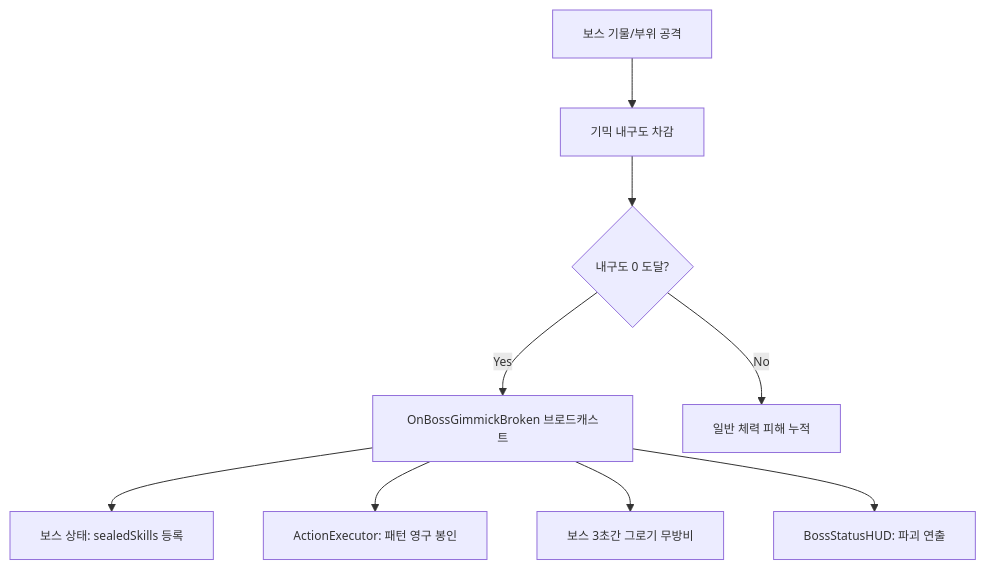
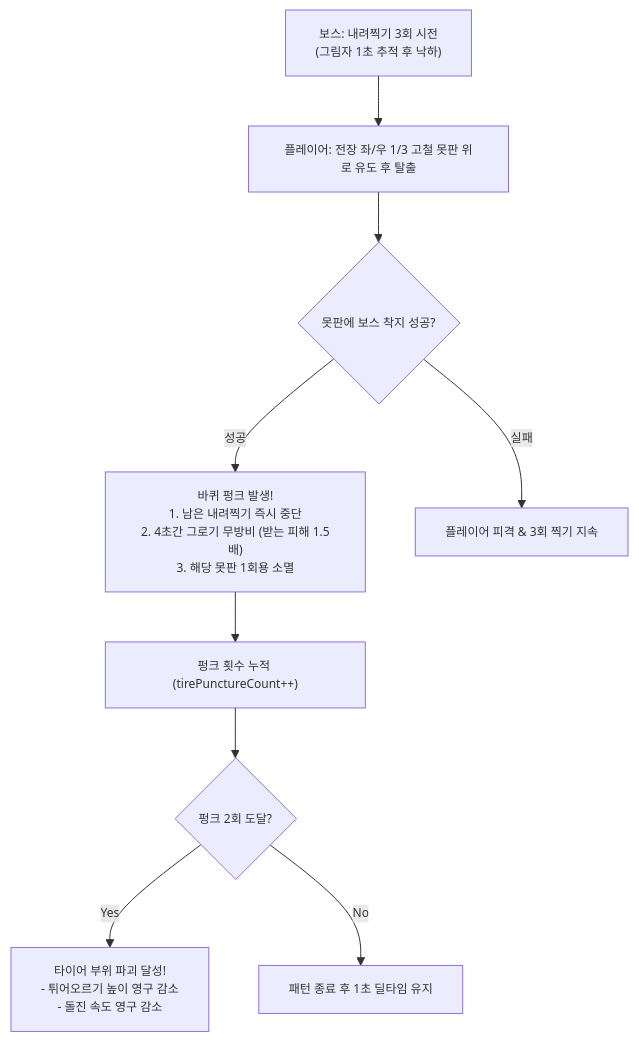
The fourth of 5 diagrams in Assets/KKH/06.Document/BattleManager_Architecture.md (Kimdoeon52/2026_Com2us_Project), drawn with Mermaid before and after one commit. The commit also changed other lines of this file and 1 other file, not shown here.

First line of the commit message:
[feat] 전투 정산 내구도 영구 연동 반영

````diff
--- a/Assets/KKH/06.Document/BattleManager_Architecture.md
+++ b/Assets/KKH/06.Document/BattleManager_Architecture.md
@@ -440,14 +621,20 @@
 ```mermaid
 %%{init: {'themeVariables': { 'fontSize': '12px' }}}%%
 flowchart TD
-    PlayerHit["보스 기물/부위 공격"] --> GimmickDmg["기믹 내구도 차감"]
-    GimmickDmg --> CheckBreak{"내구도 0 도달?"}
+    PatternStart["보스: 내려찍기 3회 시전<br/>(그림자 1초 추적 후 낙하)"]
     
-    CheckBreak -->|"Yes"| BreakEvent["OnBossGimmickBroken 브로드캐스트"]
-    BreakEvent --> Action1["보스 상태: sealedSkills 등록"]
-    BreakEvent --> Action2["ActionExecutor: 패턴 영구 봉인"]
-    BreakEvent --> Action3["보스 3초간 그로기 무방비"]
-    BreakEvent --> Action4["BossStatusHUD: 파괴 연출"]
-    
-    CheckBreak -->|"No"| NormalHit["일반 체력 피해 누적"]
+    PlayerGuide["플레이어: 전장 좌/우 1/3 고철 못판 위로 유도 후 탈출"]
+    PatternStart --> PlayerGuide
+
+    TrapCheck{"못판에 보스 착지 성공?"}
+    PlayerGuide --> TrapCheck
+
+    TrapCheck -->|"성공"| Puncture["바퀴 펑크 발생!<br/>1. 남은 내려찍기 즉시 중단<br/>2. 4초간 그로기 무방비 (받는 피해 1.5배)<br/>3. 해당 못판 1회용 소멸"]
+    TrapCheck -->|"실패"| NormalLanding["플레이어 피격 & 3회 찍기 지속"]
+
+    Puncture --> Accumulate["펑크 횟수 누적 (tirePunctureCount++)"]
+    Accumulate --> CheckTwo{"펑크 2회 도달?"}
+
+    CheckTwo -->|"Yes"| TireBreak["타이어 부위 파괴 달성!<br/>- 튀어오르기 높이 영구 감소<br/>- 돌진 속도 영구 감소"]
+    CheckTwo -->|"No"| MaintainPuncture["패턴 종료 후 1초 딜타임 유지"]
 ```
````
